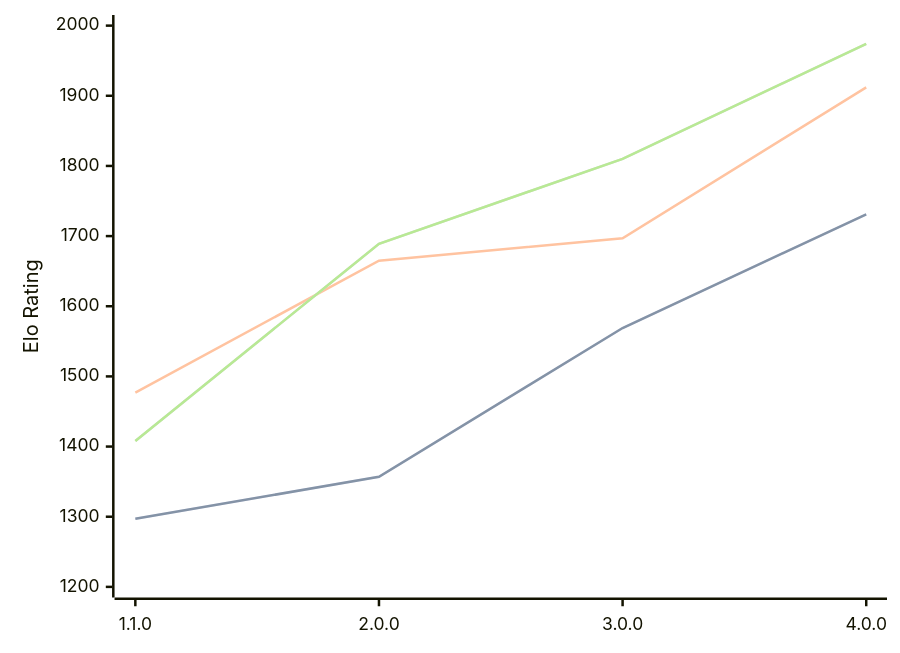
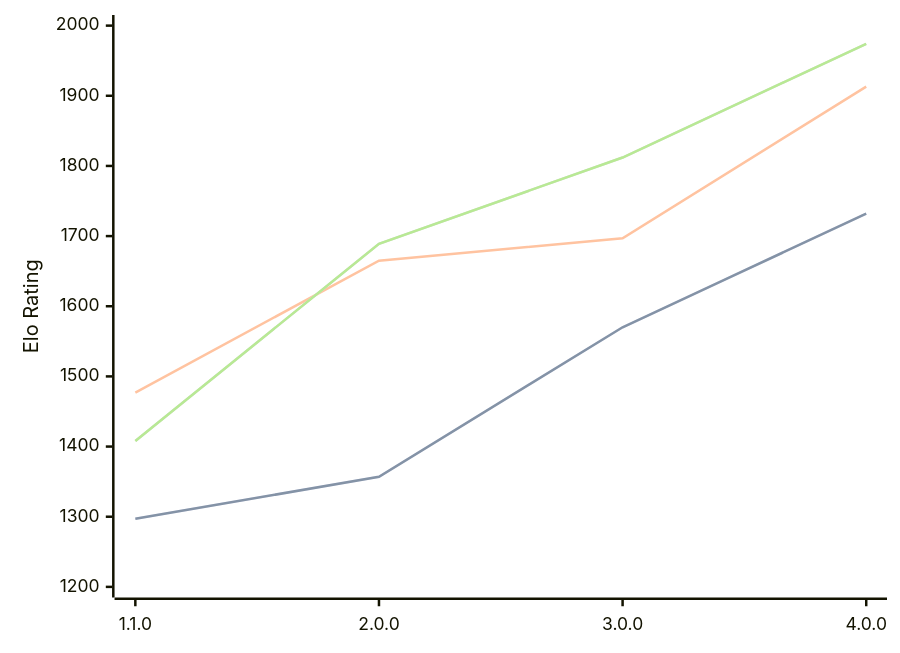
The diagram in engines/Laura.md (computer-chess-index/cci), drawn with Mermaid before and after one commit. The commit also changed other lines of this file, not shown here.

Commit message:
Update CCI Ratings (ELO VLTC) - 2026-09-01

````diff
--- a/engines/Laura.md
+++ b/engines/Laura.md
@@ -34,11 +34,11 @@
 ```mermaid
 %%{init: {"theme":"base","themeVariables":{"seriesColors:['#a3a3a3','#222221','#faa371']}}}%%
 xychart-beta
   x-axis ["1.1.0", "2.0.0", "3.0.0", "4.0.0"]
   y-axis "Elo Rating" 1200 --> 2000
-  line "" [1297, 1357, 1569, 1731]
-  line "STC (8.0+0.08s)" [1297, 1357, 1569, 1731]
-  line "LTC (60.0+0.60s)" [1477, 1665, 1697, 1912]
-  line "" [1408, 1689, 1810, 1974]
-  line "VLTC (2m24s+1.12s)" [1408, 1689, 1810, 1974]
+  line "" [1297, 1357, 1570, 1732]
+  line "STC (8.0+0.08s)" [1297, 1357, 1570, 1732]
+  line "LTC (60.0+0.60s)" [1477, 1665, 1697, 1913]
+  line "" [1408, 1689, 1812, 1974]
+  line "VLTC (2m24s+1.12s)" [1408, 1689, 1812, 1974]
 ```
````
